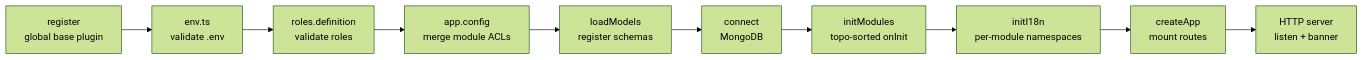
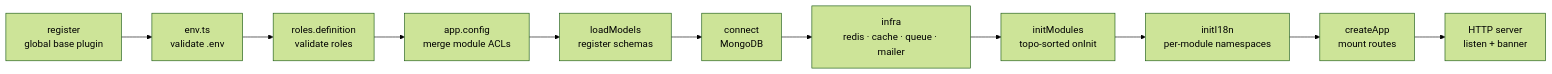
Before and after one commit to kemora13conf/bp-backend-express: the first of 2 diagrams in README.md, drawn with Mermaid (forest theme). The commit also changed other lines of this file, not shown here.

````diff
--- a/README.md
+++ b/README.md
@@ -156,12 +163,13 @@
 ```mermaid
 flowchart LR
   P[register<br/>global base plugin] --> A[env.ts<br/>validate .env]
   A --> B[roles.definition<br/>validate roles]
   B --> C[app.config<br/>merge module ACLs]
   C --> M[loadModels<br/>register schemas]
   M --> D[connect<br/>MongoDB]
-  D --> E[initModules<br/>topo-sorted onInit]
+  D --> I[infra<br/>redis · cache · queue · mailer]
+  I --> E[initModules<br/>topo-sorted onInit]
   E --> F[initI18n<br/>per-module namespaces]
   F --> G[createApp<br/>mount routes]
   G --> H[HTTP server<br/>listen + banner]
 ```
````
